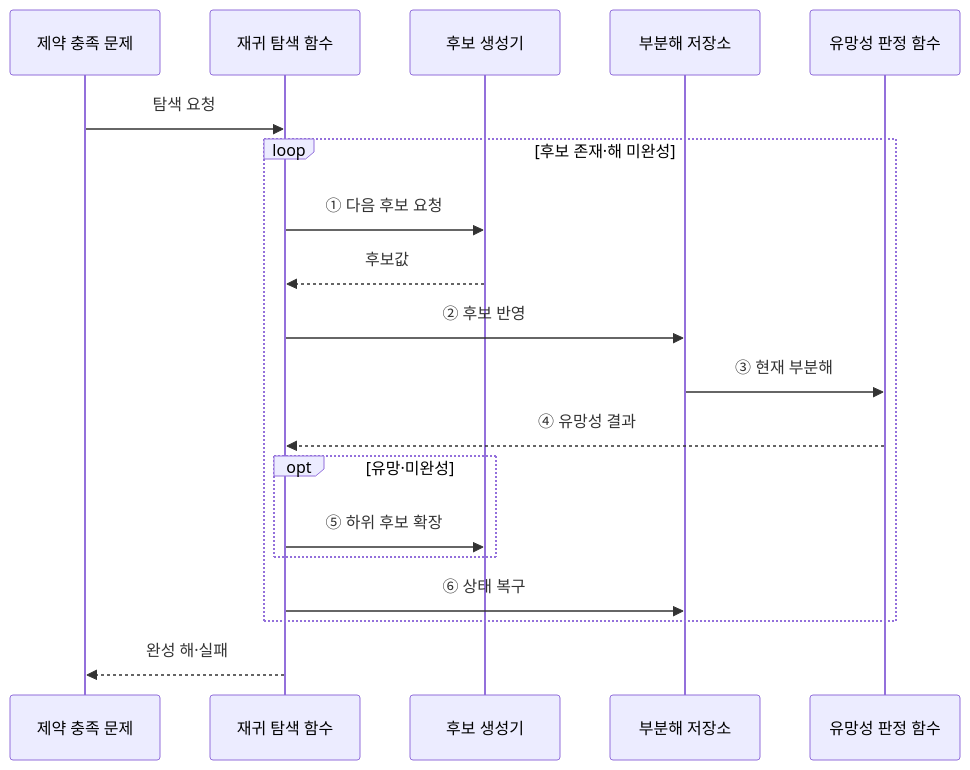
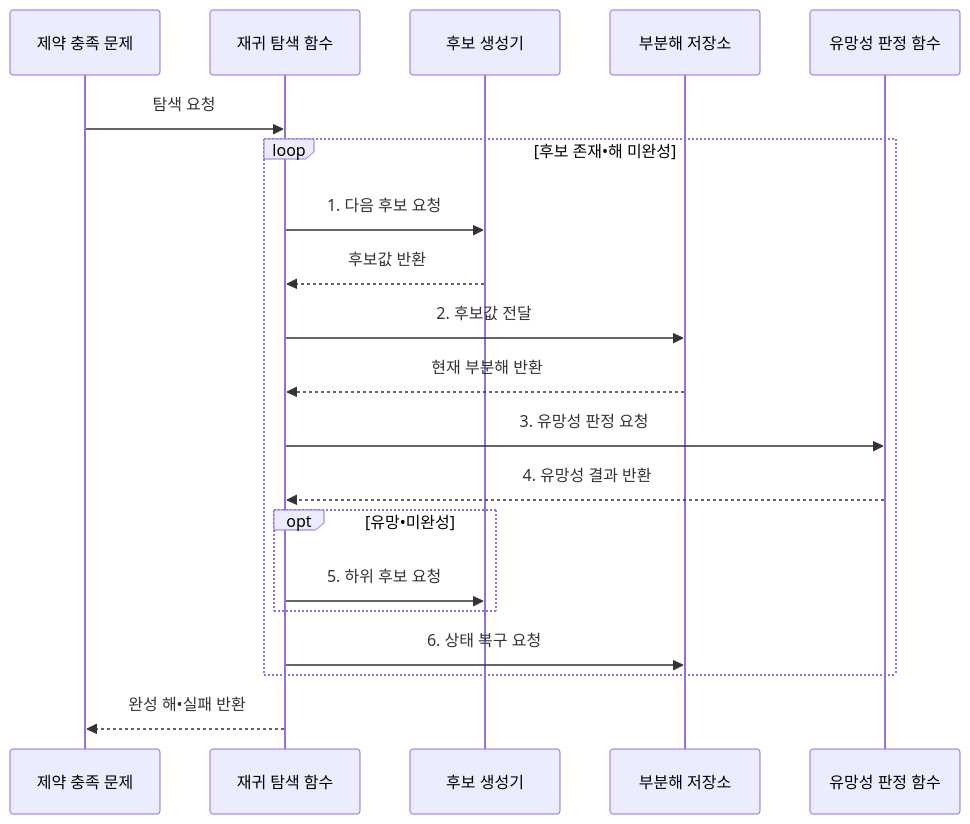
The second of 3 diagrams in src/content/docs/notes/01-basic-theory/016_backtracking.md (agnusdei1207/knowledge-base), drawn with Mermaid before and after one commit. The commit also changed other lines of this file and 20 other files, not shown here.

````diff
--- a/src/content/docs/notes/01-basic-theory/016_backtracking.md
+++ b/src/content/docs/notes/01-basic-theory/016_backtracking.md
@@ -80,21 +84,22 @@
 ```mermaid
 sequenceDiagram
     participant Q as 제약 충족 문제
     participant R as 재귀 탐색 함수
     participant C as 후보 생성기
     participant P as 부분해 저장소
     participant V as 유망성 판정 함수
     Q->>R: 탐색 요청
-    loop 후보 존재·해 미완성
-        R->>C: ① 다음 후보 요청
-        C-->>R: 후보값
-        R->>P: ② 후보 반영
-        P->>V: ③ 현재 부분해
-        V-->>R: ④ 유망성 결과
-        opt 유망·미완성
-            R->>C: ⑤ 하위 후보 확장
+    loop 후보 존재•해 미완성
+        R->>C: 1. 다음 후보 요청
+        C-->>R: 후보값 반환
+        R->>P: 2. 후보값 전달
+        P-->>R: 현재 부분해 반환
+        R->>V: 3. 유망성 판정 요청
+        V-->>R: 4. 유망성 결과 반환
+        opt 유망•미완성
+            R->>C: 5. 하위 후보 요청
         end
-        R->>P: ⑥ 상태 복구
+        R->>P: 6. 상태 복구 요청
     end
-    R-->>Q: 완성 해·실패
+    R-->>Q: 완성 해•실패 반환
 ```
````
